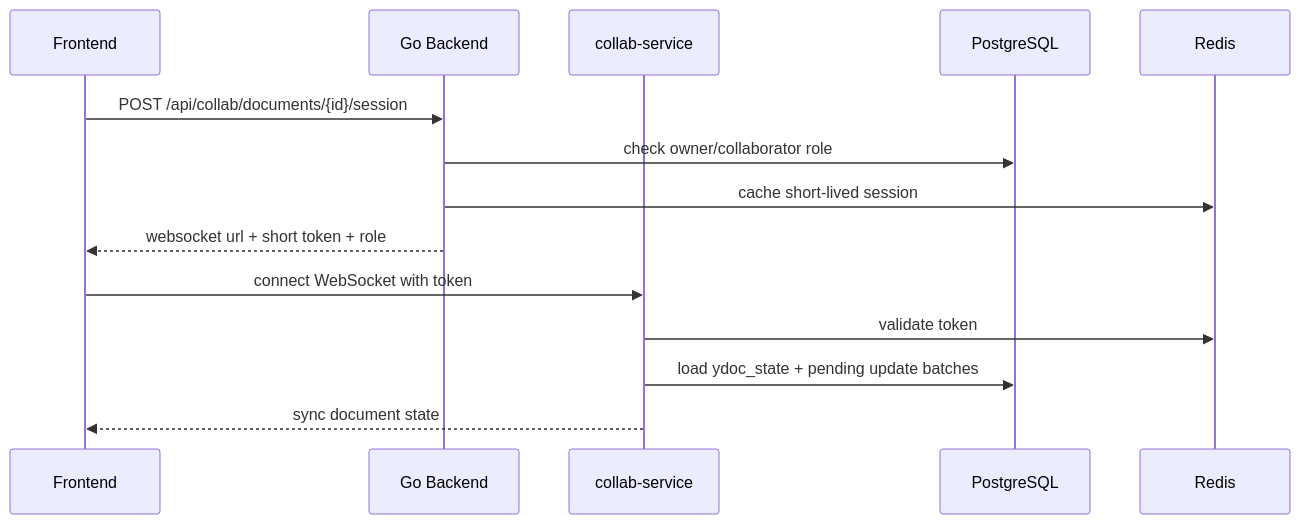
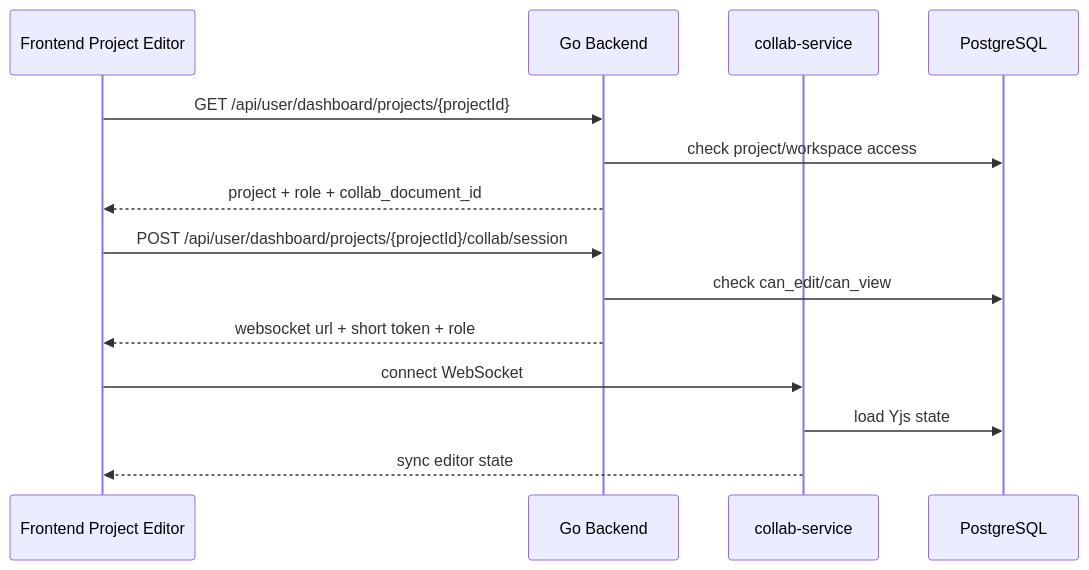
One commit to KurodaKayn/MPP changed the second of 2 diagrams in doc/plan/team-collaboration-system-architecture-plan.md. Above: the diagram before and after it, drawn with Mermaid. The commit also changed other lines of this file, not shown here.

First line of the commit message:
docs(collab): reframe plan around workspace teams

````diff
--- a/doc/plan/team-collaboration-system-architecture-plan.md
+++ b/doc/plan/team-collaboration-system-architecture-plan.md
@@ -181,17 +347,17 @@
 ```mermaid
 sequenceDiagram
-  participant FE as Frontend
+  participant FE as Frontend Project Editor
   participant BE as Go Backend
   participant CS as collab-service
   participant PG as PostgreSQL
-  participant RD as Redis
 
-  FE->>BE: POST /api/collab/documents/{id}/session
-  BE->>PG: check owner/collaborator role
-  BE->>RD: cache short-lived session
+  FE->>BE: GET /api/user/dashboard/projects/{projectId}
+  BE->>PG: check project/workspace access
+  BE-->>FE: project + role + collab_document_id
+  FE->>BE: POST /api/user/dashboard/projects/{projectId}/collab/session
+  BE->>PG: check can_edit/can_view
   BE-->>FE: websocket url + short token + role
-  FE->>CS: connect WebSocket with token
-  CS->>RD: validate token
-  CS->>PG: load ydoc_state + pending update batches
-  CS-->>FE: sync document state
+  FE->>CS: connect WebSocket
+  CS->>PG: load Yjs state
+  CS-->>FE: sync editor state
 ```
````
